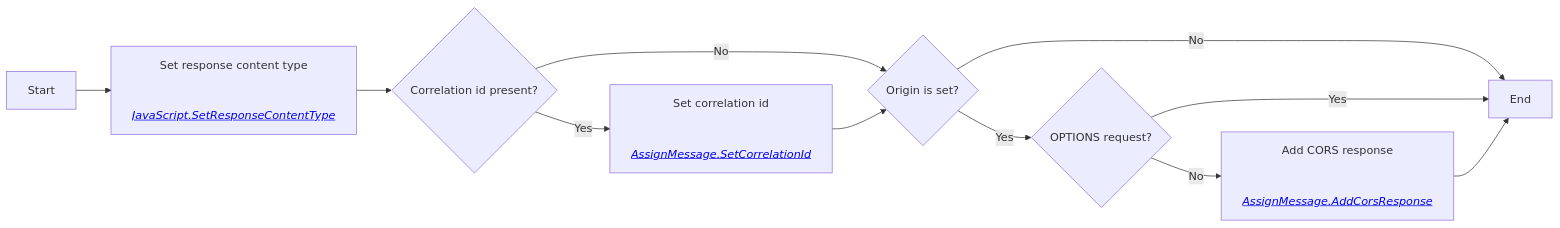
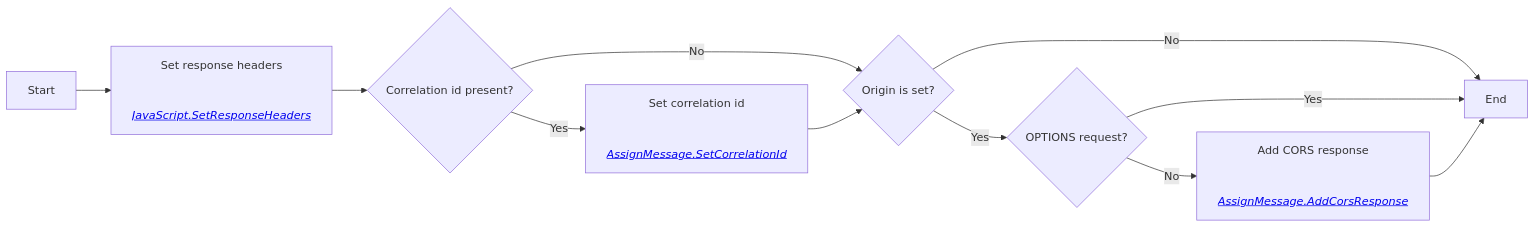
The seventh of 17 diagrams in proxies/PROXIES.md (NHSDigital/communications-manager-api), drawn with Mermaid before and after one commit. The commit also changed 4 other files, not shown here.

````diff
--- a/proxies/PROXIES.md
+++ b/proxies/PROXIES.md
@@ -163,19 +163,19 @@
 ```mermaid
 flowchart LR
-    S[Start] --> SRCT["Set response content type
+    S[Start] --> SRCT["Set response headers
 
-    <em><a href='https://github.com/NHSDigital/communications-manager/blob/release/proxies/shared/policies/JavaScript.SetResponseContentType.xml'>JavaScript.SetResponseContentType</a></em>"]
+    <em><a href='https://github.com/NHSDigital/communications-manager/blob/release/proxies/shared/policies/JavaScript.SetResponseHeaders.xml'>JavaScript.SetResponseHeaders</a></em>"]
     SRCT --> Q1{Correlation id present?}
     Q1 --> |Yes| SCI["Set correlation id
 
     <em><a href='https://github.com/NHSDigital/communications-manager/blob/release/proxies/shared/policies/AssignMessage.SetCorrelationId.xml'>AssignMessage.SetCorrelationId</a></em>"]
     Q1 --> |No| Q2{Origin is set?}
     SCI --> Q2
     Q2 --> |No| E[End]
     Q2 --> |Yes| Q3{OPTIONS request?}
     Q3 --> |Yes| E
     Q3 --> |No| ACR["Add CORS response
 
     <em><a href='https://github.com/NHSDigital/communications-manager/blob/release/proxies/shared/policies/AssignMessage.AddCorsResponse.xml'>AssignMessage.AddCorsResponse</a></em>"]
     ACR --> E
 ```
````
